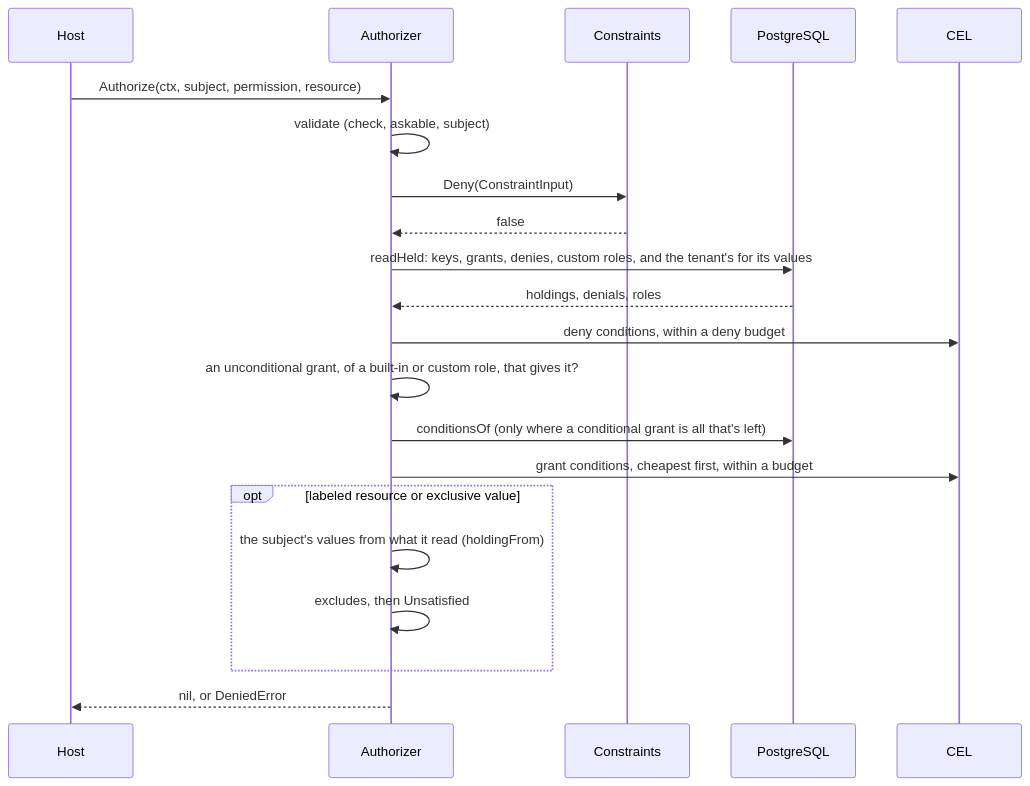
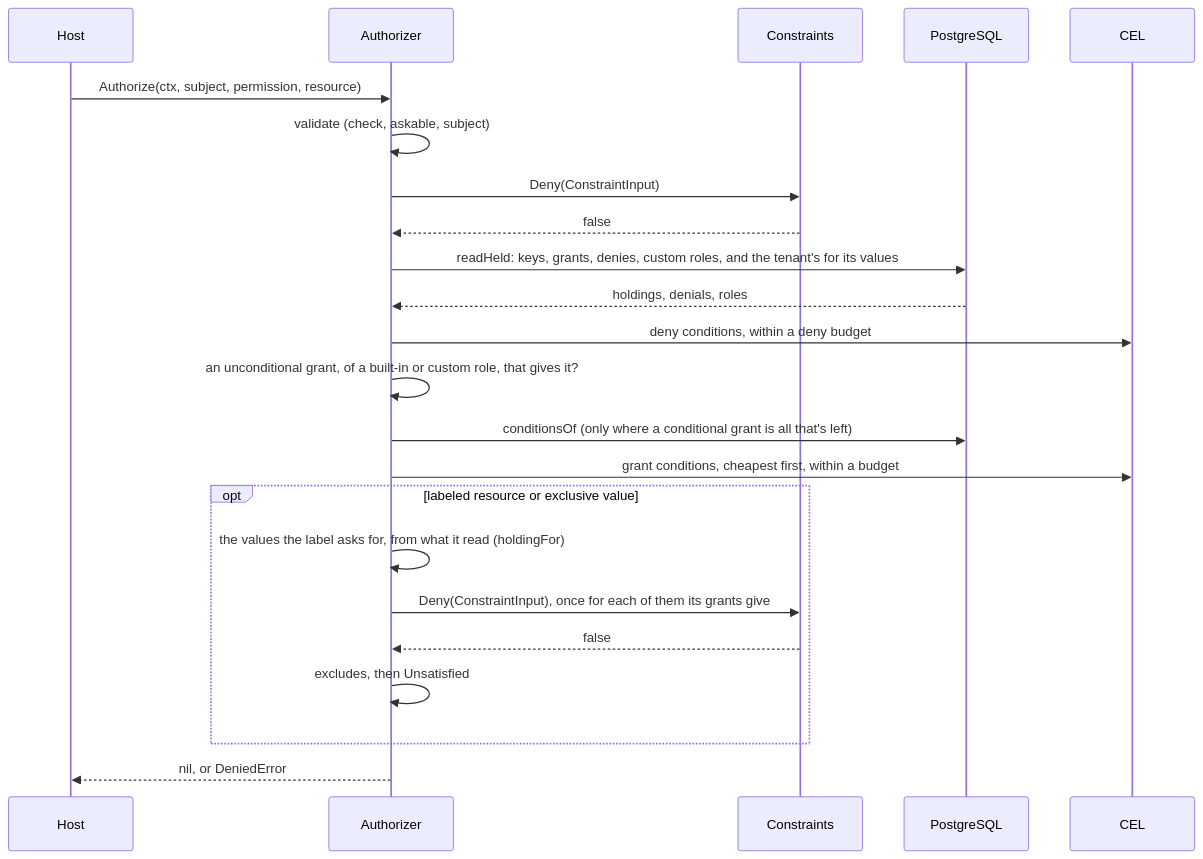
One commit to parallelworks/rbac changed the seventh of 13 diagrams in docs/architecture.md. Above: the diagram before and after it, drawn with Mermaid. The commit also changed other lines of this file and 7 other files, not shown here.

Commit message:
fix: a check of a labeled resource asks the constraints about every label value the subject holds, and fails when a hook fails on a value its label doesn't name (#78)

````diff
--- a/docs/architecture.md
+++ b/docs/architecture.md
@@ -337,23 +337,25 @@
 ```mermaid
 sequenceDiagram
     participant H as Host
     participant A as Authorizer
     participant C as Constraints
     participant DB as PostgreSQL
     participant E as CEL
     H->>A: Authorize(ctx, subject, permission, resource)
     A->>A: validate (check, askable, subject)
     A->>C: Deny(ConstraintInput)
     C-->>A: false
     A->>DB: readHeld: keys, grants, denies, custom roles, and the tenant's for its values
     DB-->>A: holdings, denials, roles
     A->>E: deny conditions, within a deny budget
     A->>A: an unconditional grant, of a built-in or custom role, that gives it?
     A->>DB: conditionsOf (only where a conditional grant is all that's left)
     A->>E: grant conditions, cheapest first, within a budget
     opt labeled resource or exclusive value
-        A->>A: the subject's values from what it read (holdingFrom)
+        A->>A: the values the label asks for, from what it read (holdingFor)
+        A->>C: Deny(ConstraintInput), once for each of them its grants give
+        C-->>A: false
         A->>A: excludes, then Unsatisfied
     end
     A-->>H: nil, or DeniedError
 ```
````
